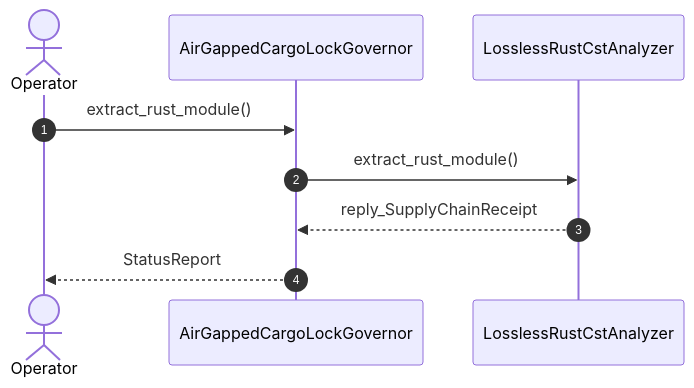
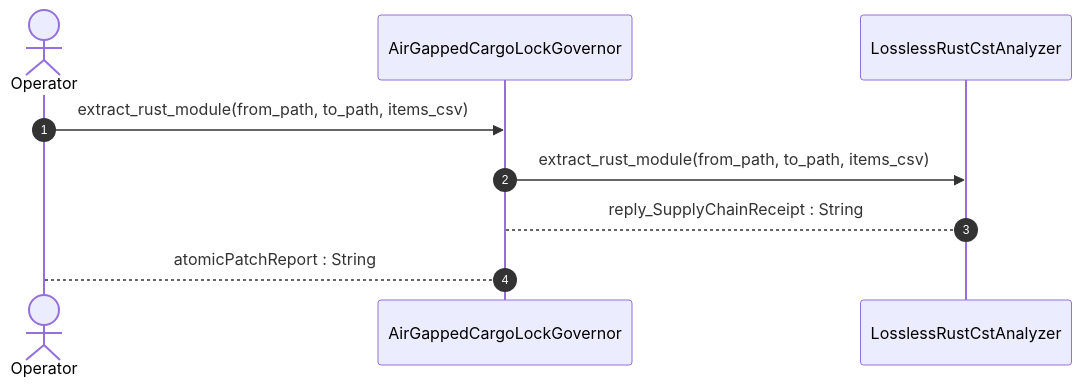
The diagram in .pipeline/upstream/docs/user-stories/US-55-extract_rust_module.md (gintatkinson/DEAP01-spec-core), drawn with Mermaid before and after one commit. The commit also changed other lines of this file and 225 other files, not shown here.

````diff
--- a/.pipeline/upstream/docs/user-stories/US-55-extract_rust_module.md
+++ b/.pipeline/upstream/docs/user-stories/US-55-extract_rust_module.md
@@ -37,11 +38,11 @@
 ```mermaid
 sequenceDiagram
     autonumber
     actor Operator
     participant AirGappedCargoLockGovernor
     participant LosslessRustCstAnalyzer
-    Operator->>AirGappedCargoLockGovernor: extract_rust_module()
-    AirGappedCargoLockGovernor->>LosslessRustCstAnalyzer: extract_rust_module()
-    LosslessRustCstAnalyzer-->>AirGappedCargoLockGovernor: reply_SupplyChainReceipt
-    AirGappedCargoLockGovernor-->>Operator: StatusReport
+    Operator->>AirGappedCargoLockGovernor: extract_rust_module(from_path, to_path, items_csv)
+    AirGappedCargoLockGovernor->>LosslessRustCstAnalyzer: extract_rust_module(from_path, to_path, items_csv)
+    LosslessRustCstAnalyzer-->AirGappedCargoLockGovernor: reply_SupplyChainReceipt : String
+    AirGappedCargoLockGovernor-->Operator: atomicPatchReport : String
 ```
````
